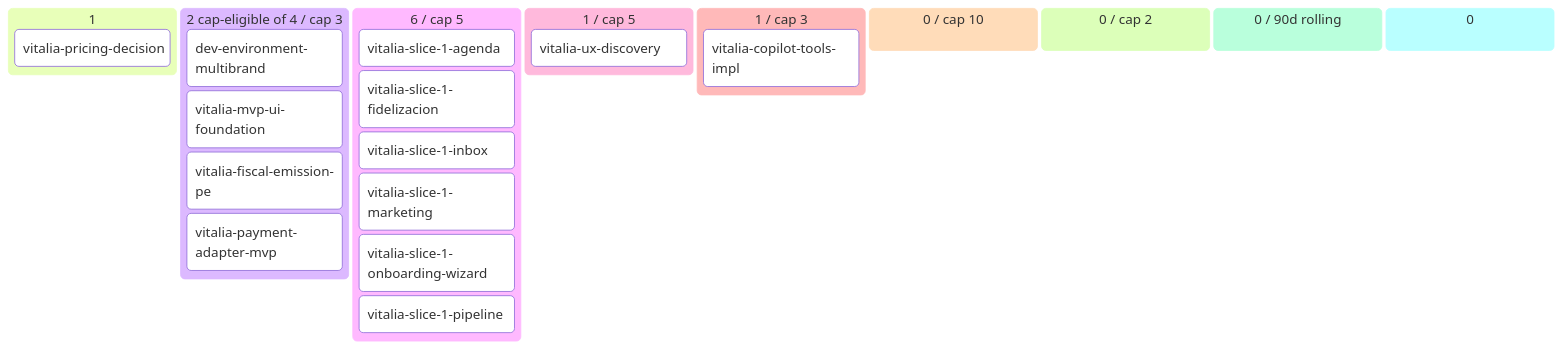
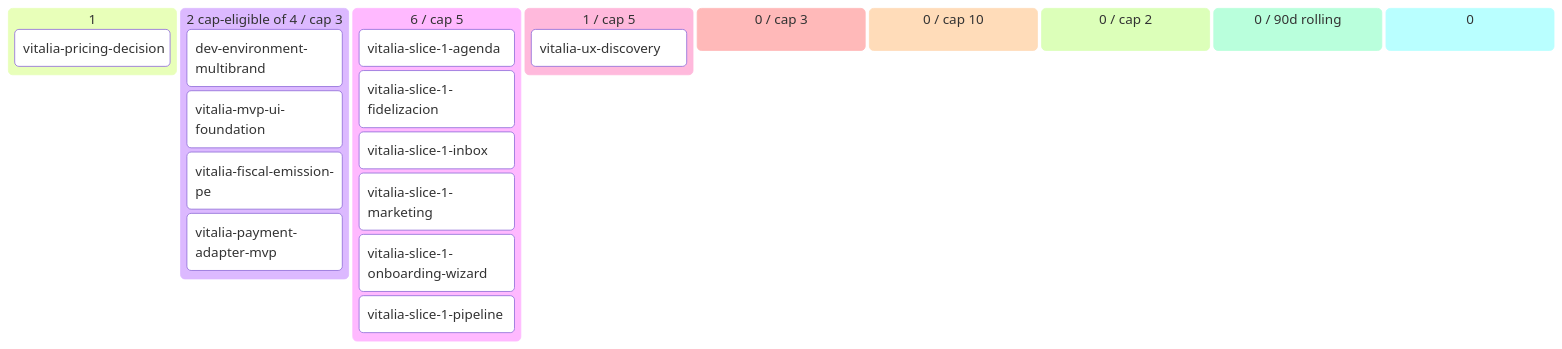
The diagram in vitalia/docs/product/BACKLOG.md (alpaca-purpura/luana-platform), drawn with Mermaid before and after one commit. The commit also changed other lines of this file and 44 other files, not shown here.

First line of the commit message:
docs(vitalia): close vitalia-copilot-tools-impl → done (reviewing→done)

````diff
--- a/vitalia/docs/product/BACKLOG.md
+++ b/vitalia/docs/product/BACKLOG.md
@@ -50,25 +50,24 @@
 ```mermaid
 kanban
   💡 Ideas (1)
     vitalia-pricing-decision[vitalia-pricing-decision]
   🔬 Refining (2 cap-eligible of 4 / cap 3)
     dev-environment-multibrand[dev-environment-multibrand]
     vitalia-mvp-ui-foundation[vitalia-mvp-ui-foundation]
     vitalia-fiscal-emission-pe[vitalia-fiscal-emission-pe]
     vitalia-payment-adapter-mvp[vitalia-payment-adapter-mvp]
   ✅ Refined (6 / cap 5)
     vitalia-slice-1-agenda[vitalia-slice-1-agenda]
     vitalia-slice-1-fidelizacion[vitalia-slice-1-fidelizacion]
     vitalia-slice-1-inbox[vitalia-slice-1-inbox]
     vitalia-slice-1-marketing[vitalia-slice-1-marketing]
     vitalia-slice-1-onboarding-wiz[vitalia-slice-1-onboarding-wizard]
     vitalia-slice-1-pipeline[vitalia-slice-1-pipeline]
   📦 Ready (1 / cap 5)
     vitalia-ux-discovery[vitalia-ux-discovery]
-  🔨 Developing (1 / cap 3)
-    vitalia-copilot-tools-impl[vitalia-copilot-tools-impl]
+  🔨 Developing (0 / cap 3)
   🧪 Developed (0 / cap 10)
   🔍 Reviewing (0 / cap 2)
   ✅ Done (0 / 90d rolling)
   🅿 Parked (0)
 ```
````
